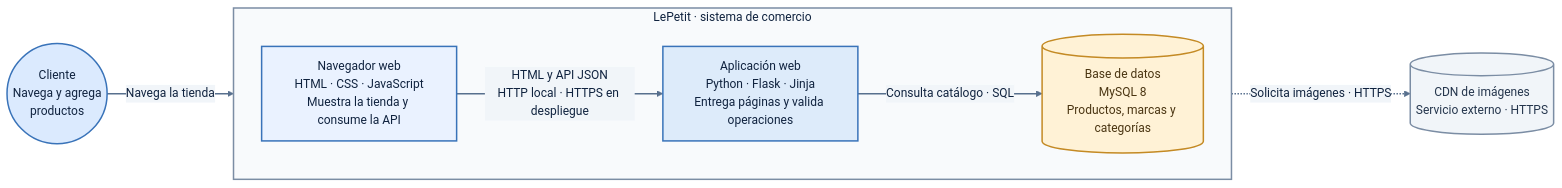
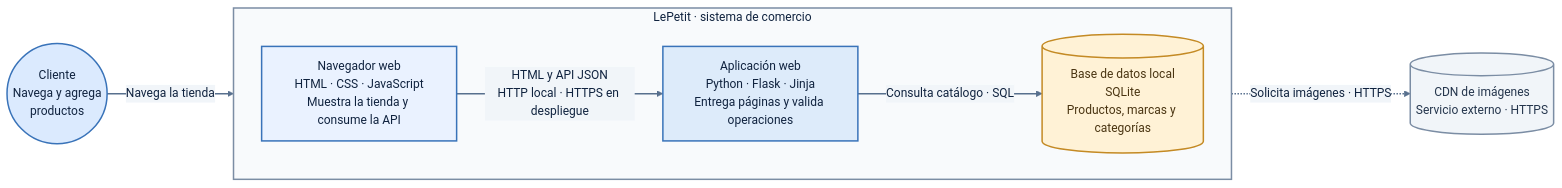
Before and after one commit to Juan2351/Tech_e-commerce: the second of 4 diagrams in docs/C4.md, drawn with Mermaid. The commit also changed other lines of this file and 6 other files, not shown here.

````diff
--- a/docs/C4.md
+++ b/docs/C4.md
@@ -37,31 +37,31 @@
 ```mermaid
 %%{init: {"theme":"base","themeVariables":{"fontFamily":"Aptos, Segoe UI, Arial, sans-serif","fontSize":"16px","primaryColor":"#EAF2FF","primaryTextColor":"#10233F","primaryBorderColor":"#3973B9","lineColor":"#58708E","secondaryColor":"#F1F5F9","tertiaryColor":"#E7F5F2","background":"#FFFFFF","mainBkg":"#FFFFFF","textColor":"#10233F"}}}%%
 flowchart LR
     cliente(("Cliente<br/>Navega y agrega<br/>productos"))
 
     subgraph lepetit["LePetit · sistema de comercio"]
         direction LR
         navegador["Navegador web<br/>HTML · CSS · JavaScript<br/>Muestra la tienda y consume la API"]
         aplicacion["Aplicación web<br/>Python · Flask · Jinja<br/>Entrega páginas y valida operaciones"]
-        mysql[("Base de datos<br/>MySQL 8<br/>Productos, marcas y categorías")]
+        sqlite[("Base de datos local<br/>SQLite<br/>Productos, marcas y categorías")]
         navegador -->|"HTML y API JSON<br/>HTTP local · HTTPS en despliegue"| aplicacion
-        aplicacion -->|"Consulta catálogo · SQL"| mysql
+        aplicacion -->|"Consulta catálogo · SQL"| sqlite
     end
 
     cdn[("CDN de imágenes<br/>Servicio externo · HTTPS")]
     cliente -->|"Navega la tienda"| navegador
     navegador -.->|"Solicita imágenes · HTTPS"| cdn
 
     classDef actor fill:#DBEAFE,stroke:#3973B9,color:#10233F,stroke-width:2px,font-size:16px;
     classDef frontend fill:#EAF2FF,stroke:#3973B9,color:#10233F,stroke-width:2px,font-size:16px;
     classDef backend fill:#DDEBFA,stroke:#3973B9,color:#10233F,stroke-width:2px,font-size:16px;
     classDef database fill:#FFF2D6,stroke:#C48A24,color:#4A3512,stroke-width:2px,font-size:16px;
     classDef external fill:#F1F5F9,stroke:#7B8DA4,color:#25364D,stroke-width:2px,font-size:16px;
     style lepetit fill:#F8FAFC,stroke:#7B8DA4,stroke-width:2px,color:#10233F
     class cliente actor;
     class navegador frontend;
     class aplicacion backend;
-    class mysql database;
+    class sqlite database;
     class cdn external;
     linkStyle default stroke:#58708E,stroke-width:2px;
 ```
````
